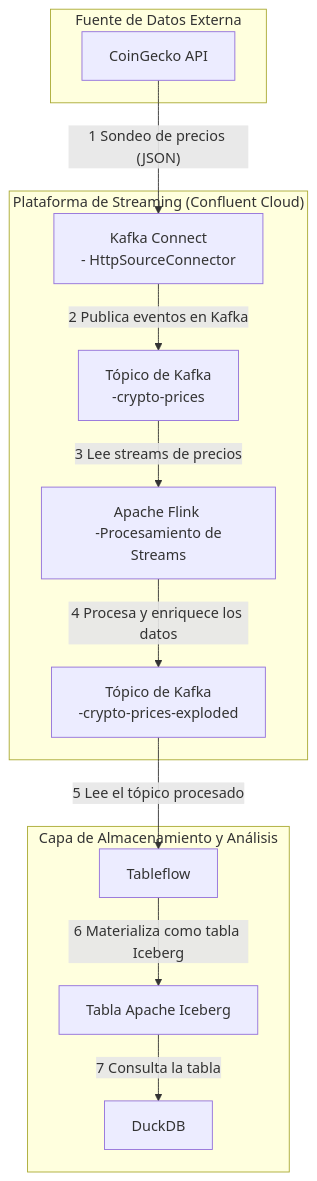
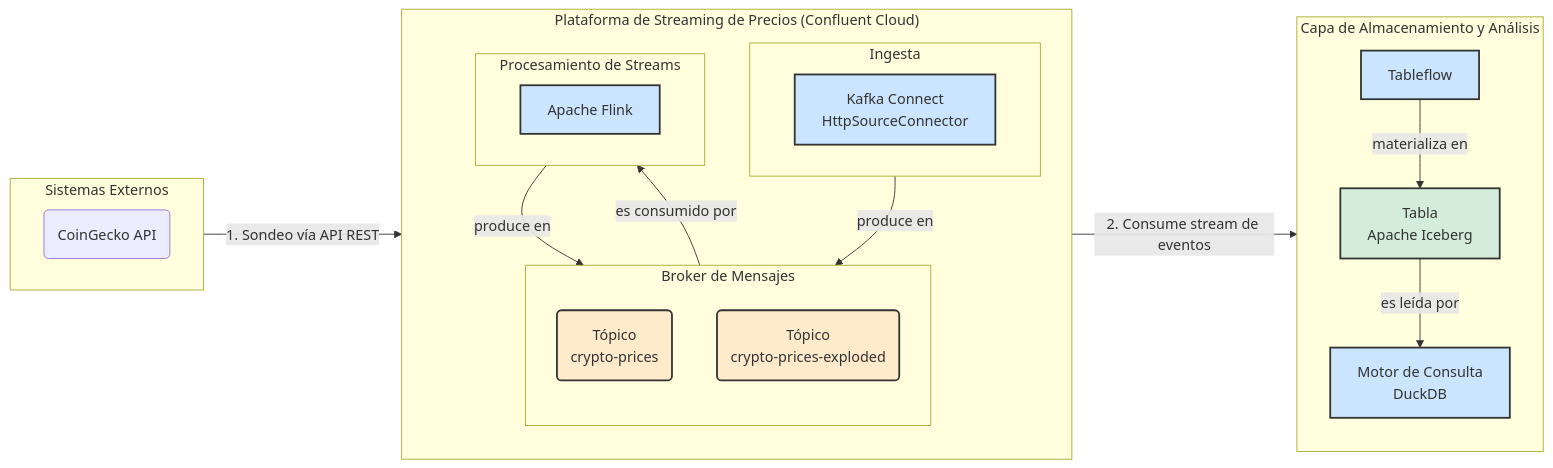
One commit to Luxillo/UTEC-streaming-workshop changed the third of 3 diagrams in docs/Arquitectura.md. Above: the diagram before and after it, drawn with Mermaid. The commit also changed other lines of this file and 3 other files, not shown here.

````diff
--- a/docs/Arquitectura.md
+++ b/docs/Arquitectura.md
@@ -9,27 +60,52 @@
 ```mermaid
-graph TD
-    subgraph "Fuente de Datos Externa"
-        A[CoinGecko API]
+graph LR
+    subgraph externals ["Sistemas Externos"]
+        direction LR
+        coingecko_api(CoinGecko API)
     end
 
-    subgraph "Plataforma de Streaming (Confluent Cloud)"
-        B[Kafka Connect <br> - HttpSourceConnector]
-        C[Tópico de Kafka <br> -crypto-prices]
-        D[Apache Flink <br> -Procesamiento de Streams]
-        E[Tópico de Kafka <br> -crypto-prices-exploded]
+    subgraph streaming_platform ["Plataforma de Streaming de Precios (Confluent Cloud)"]
+        direction TB
+
+        subgraph connect ["Ingesta"]
+            direction LR
+            kc[Kafka Connect<br>HttpSourceConnector]
+        end
+
+        subgraph broker ["Broker de Mensajes"]
+            direction TB
+            raw_topic(Tópico<br>crypto-prices)
+            processed_topic(Tópico<br>crypto-prices-exploded)
+        end
+
+        subgraph processing ["Procesamiento de Streams"]
+            direction LR
+            flink[Apache Flink]
+        end
+
+        kc -- "produce en" --> raw_topic
+        raw_topic -- "es consumido por" --> flink
+        flink -- "produce en" --> processed_topic
     end
 
-    subgraph "Capa de Almacenamiento y Análisis"
-        F[Tableflow]
-        G[Tabla Apache Iceberg]
-        H[DuckDB]
+    subgraph analytics_layer ["Capa de Almacenamiento y Análisis"]
+        direction TB
+        tableflow[Tableflow]
+        iceberg[Tabla<br>Apache Iceberg]
+        duckdb[Motor de Consulta<br>DuckDB]
+
+        tableflow -- "materializa en" --> iceberg
+        iceberg -- "es leída por" --> duckdb
     end
 
-    A -- 1 Sondeo de precios (JSON) --> B
-    B -- 2 Publica eventos en Kafka --> C
-    C -- 3 Lee streams de precios --> D
-    D -- 4 Procesa y enriquece los datos --> E
-    E -- 5 Lee el tópico procesado --> F
-    F -- 6 Materializa como tabla Iceberg --> G
-    G -- 7 Consulta la tabla --> H
+    coingecko_api -- "1. Sondeo vía API REST" --> kc
+    processed_topic -- "2. Consume stream de eventos" --> tableflow
+
+    style kc fill:#cce5ff,stroke:#333,stroke-width:2px
+    style flink fill:#cce5ff,stroke:#333,stroke-width:2px
+    style tableflow fill:#cce5ff,stroke:#333,stroke-width:2px
+    style duckdb fill:#cce5ff,stroke:#333,stroke-width:2px
+    style raw_topic fill:#ffebcc,stroke:#333,stroke-width:2px
+    style processed_topic fill:#ffebcc,stroke:#333,stroke-width:2px
+    style iceberg fill:#d4edda,stroke:#333,stroke-width:2px
 ```
````
